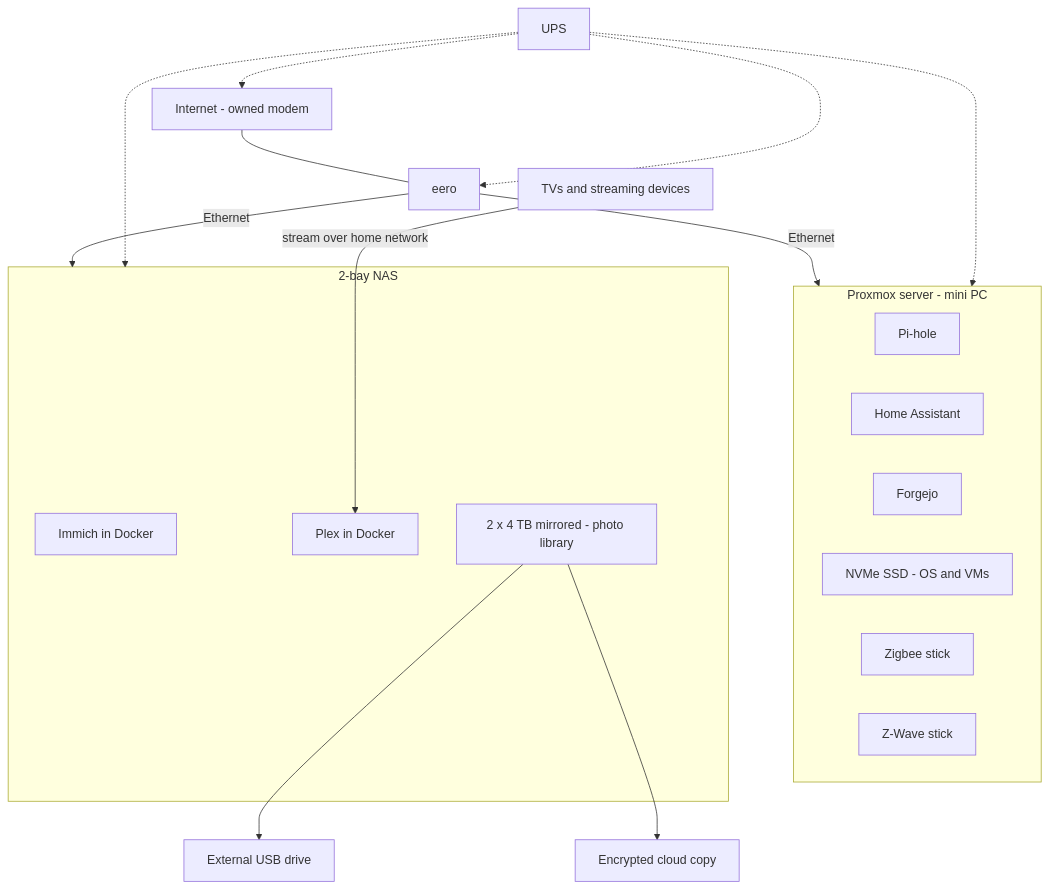
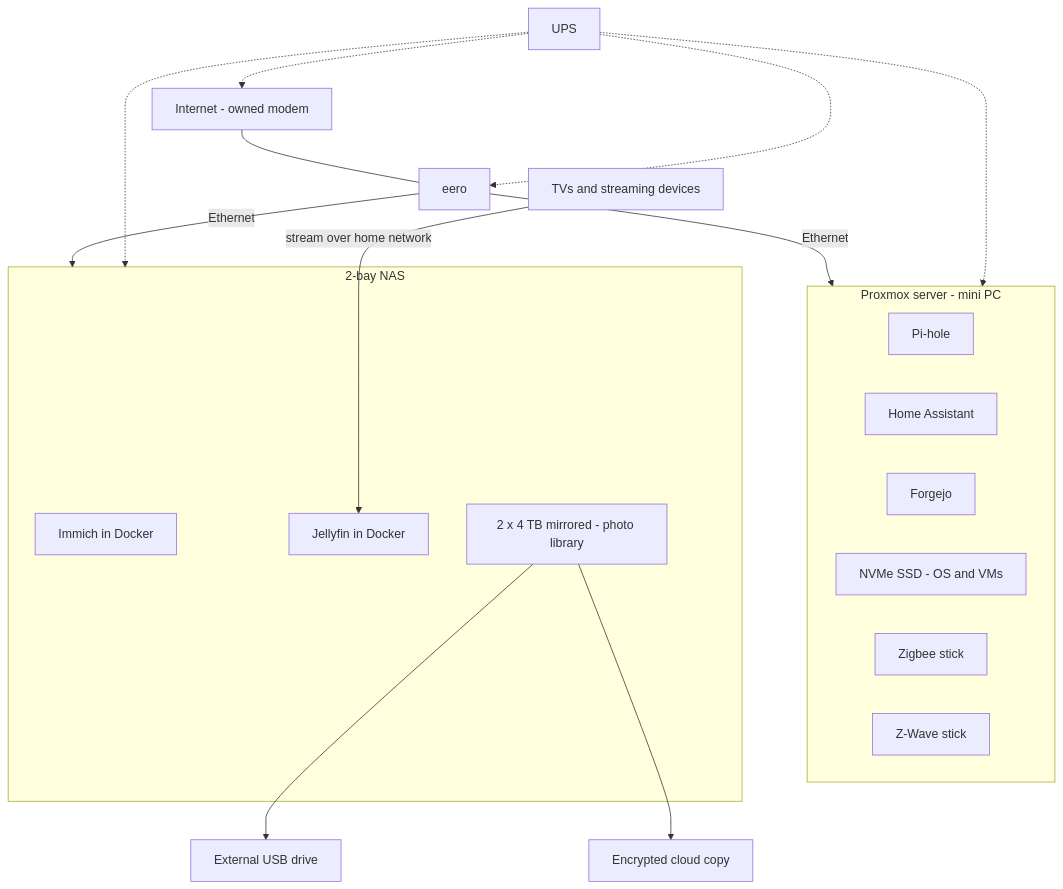
The second of 2 diagrams in docs/architecture.md (gswillis/homelab), drawn with Mermaid before and after one commit. The commit also changed other lines of this file and 9 other files, not shown here.

````diff
--- a/docs/architecture.md
+++ b/docs/architecture.md
@@ -58,29 +58,29 @@
 ```mermaid
 flowchart TB
     NET["Internet - owned modem"] --- EERO["eero"]
     EERO -->|"Ethernet"| SERVER
     EERO -->|"Ethernet"| NAS
 
     subgraph SERVER["Proxmox server - mini PC"]
         PIHOLE["Pi-hole"]
         HA["Home Assistant"]
         FORGEJO["Forgejo"]
         SSD["NVMe SSD - OS and VMs"]
         ZB["Zigbee stick"]
         ZW["Z-Wave stick"]
     end
 
     subgraph NAS["2-bay NAS"]
         IMMICH["Immich in Docker"]
-        PLEX["Plex in Docker"]
+        JELLYFIN["Jellyfin in Docker"]
         MIRROR["2 x 4 TB mirrored - photo library"]
     end
 
-    TV["TVs and streaming devices"] -->|"stream over home network"| PLEX
+    TV["TVs and streaming devices"] -->|"stream over home network"| JELLYFIN
     MIRROR --> BACKUP["External USB drive"]
     MIRROR --> CLOUD["Encrypted cloud copy"]
     UPS["UPS"] -.-> SERVER
     UPS -.-> NAS
     UPS -.-> EERO
     UPS -.-> NET
 ```
````
